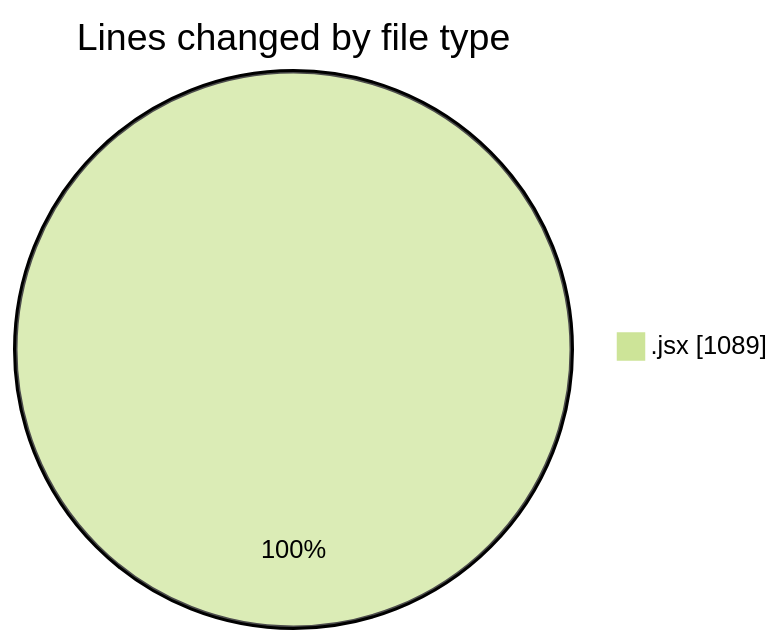
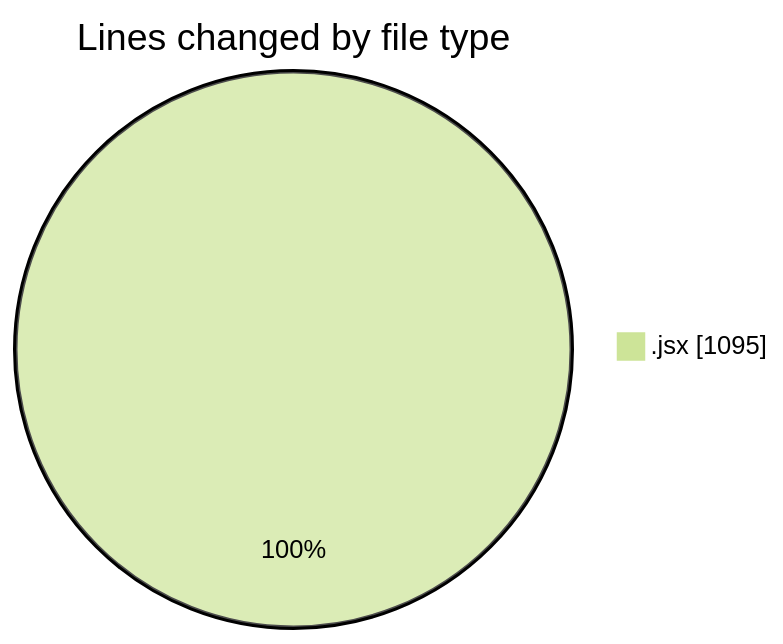
The first of 2 diagrams in 2025-11-18/nxtqube_webapp/README.md (nxtqubesakshisongat/code-tracking), drawn with Mermaid (forest theme) before and after one commit. The commit also changed other lines of this file and 1 other file, not shown here.

````diff
--- a/2025-11-18/nxtqube_webapp/README.md
+++ b/2025-11-18/nxtqube_webapp/README.md
@@ -21,5 +21,5 @@
 ```mermaid
 pie showData
 title Lines changed by file type
-".jsx" : 1089
+".jsx" : 1095
 ```
````
